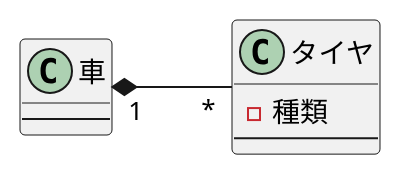
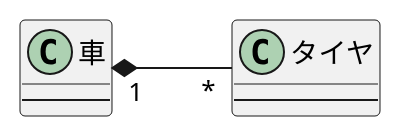
Before and after one commit to Aishin12/uml_introduction: the diagram in 演習3-4_クラス図.pu, drawn with PlantUML.

Commit message:
演習3-4

```diff
--- a/演習3-4_クラス図.pu
+++ b/演習3-4_クラス図.pu
@@ -1,14 +1,13 @@
 @startuml クラス図
 left to right direction
 
 class 車{
 ---
 }
 
 class タイヤ{
-    - 種類
 ---
 }
 
 車 "1" *-- "*" タイヤ
 @enduml
```
